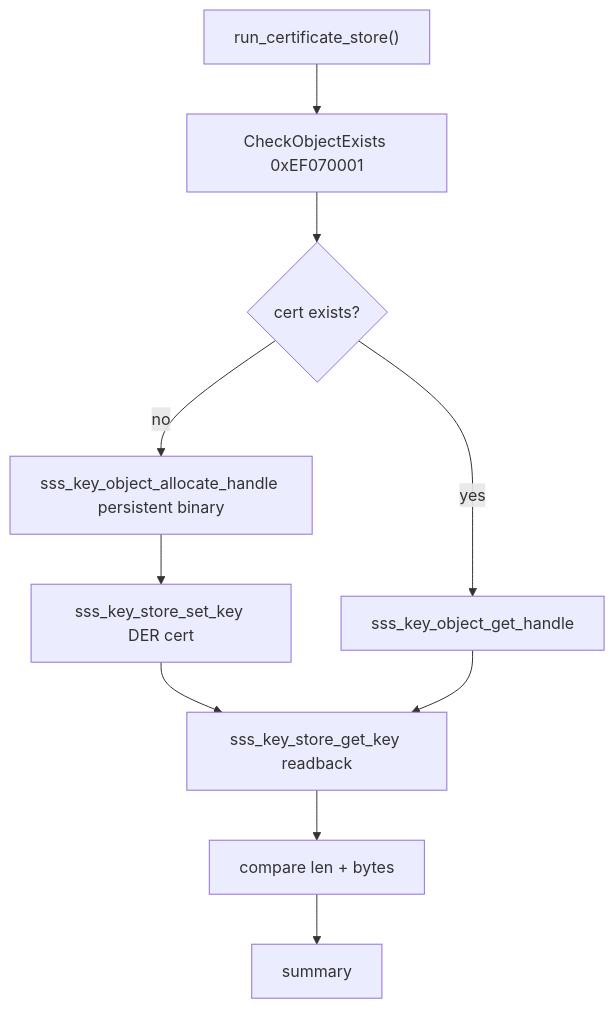
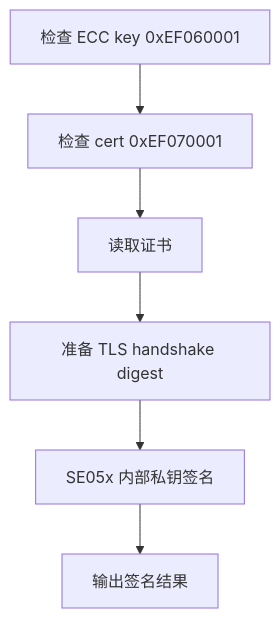
Before and after one commit to tianrking/nrf54lm20-se05x-ncs: the second of 4 diagrams in demo/README.md, drawn with Mermaid. The commit also changed other lines of this file and 11 other files, not shown here.

````diff
--- a/demo/README.md
+++ b/demo/README.md
@@ -658,12 +91,8 @@
 ```mermaid
 flowchart TD
-    A["run_certificate_store()"] --> B["CheckObjectExists 0xEF070001"]
-    B --> C{"cert exists?"}
-    C -->|no| D["sss_key_object_allocate_handle persistent binary"]
-    D --> E["sss_key_store_set_key DER cert"]
-    C -->|yes| F["sss_key_object_get_handle"]
-    E --> G["sss_key_store_get_key readback"]
-    F --> G
-    G --> H["compare len + bytes"]
-    H --> I["summary"]
+    A["检查 ECC key 0xEF060001"] --> B["检查 cert 0xEF070001"]
+    B --> C["读取证书"]
+    C --> D["准备 TLS handshake digest"]
+    D --> E["SE05x 内部私钥签名"]
+    E --> F["输出签名结果"]
 ```
````
